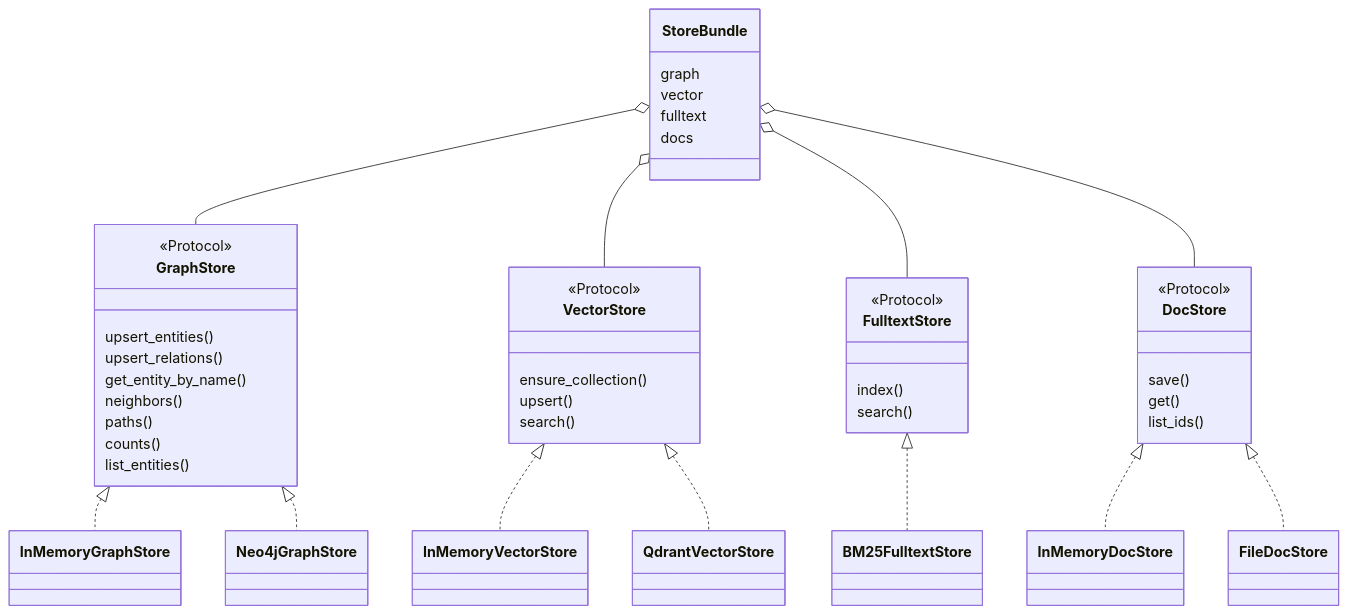
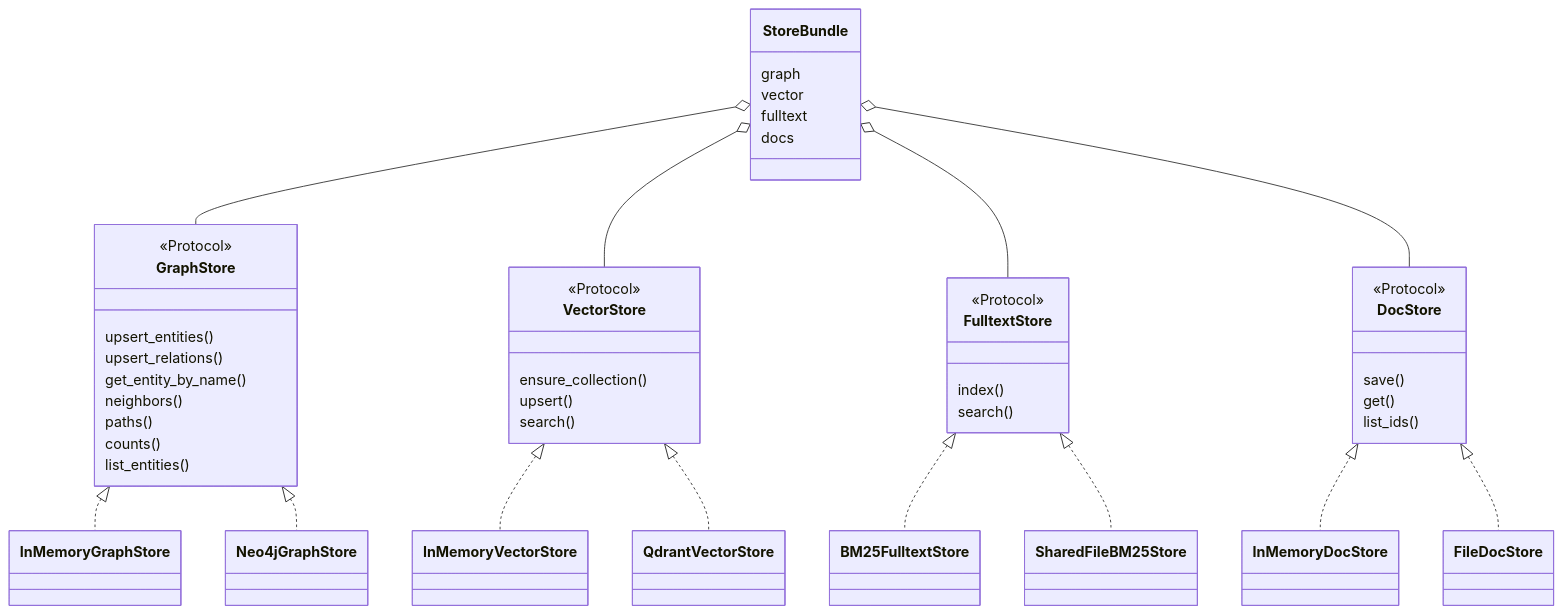
One commit to RightCloudhub/AG changed diagram 11 of 17 in docs/ARCHITECTURE.md. Above: the diagram before and after it, drawn with Mermaid. The commit also changed other lines of this file and 46 other files, not shown here.

````diff
--- a/docs/ARCHITECTURE.md
+++ b/docs/ARCHITECTURE.md
@@ -280,47 +283,48 @@
 ```mermaid
 classDiagram
     class GraphStore {
         <<Protocol>>
         upsert_entities()
         upsert_relations()
         get_entity_by_name()
         neighbors()
         paths()
         counts()
         list_entities()
     }
     class VectorStore {
         <<Protocol>>
         ensure_collection()
         upsert()
         search()
     }
     class FulltextStore {
         <<Protocol>>
         index()
         search()
     }
     class DocStore {
         <<Protocol>>
         save()
         get()
         list_ids()
     }
     GraphStore <|.. InMemoryGraphStore
     GraphStore <|.. Neo4jGraphStore
     VectorStore <|.. InMemoryVectorStore
     VectorStore <|.. QdrantVectorStore
     FulltextStore <|.. BM25FulltextStore
+    FulltextStore <|.. SharedFileBM25Store
     DocStore <|.. InMemoryDocStore
     DocStore <|.. FileDocStore
     class StoreBundle {
         graph
         vector
         fulltext
         docs
     }
     StoreBundle o-- GraphStore
     StoreBundle o-- VectorStore
     StoreBundle o-- FulltextStore
     StoreBundle o-- DocStore
 ```
````
